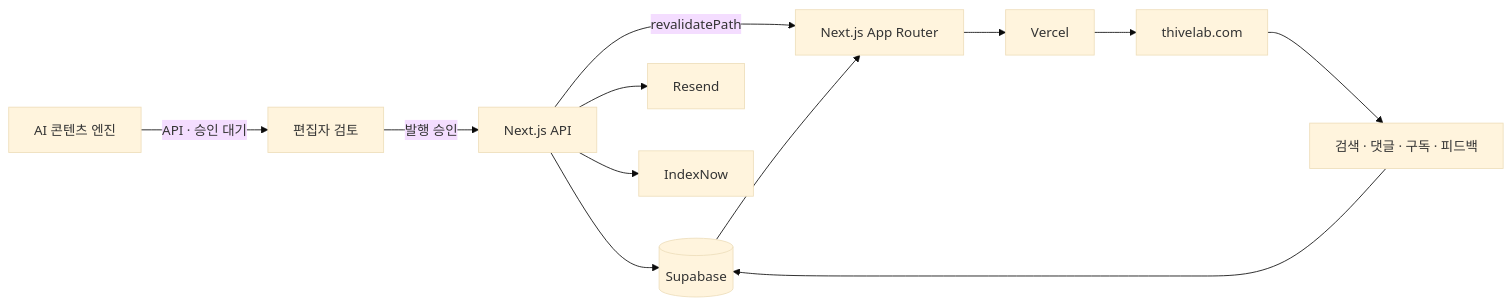
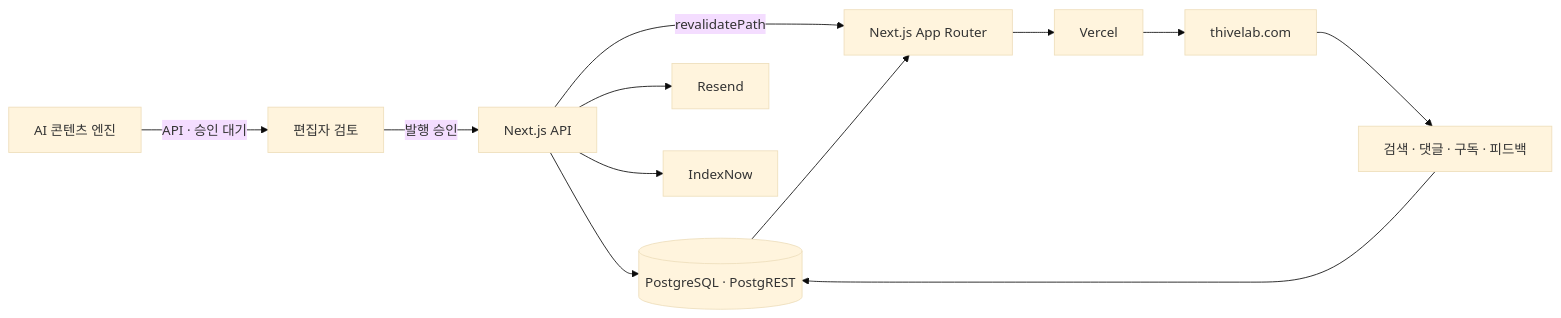
The diagram in README.md (SecuThive/ai_blog), drawn with Mermaid (base theme) before and after one commit. The commit also changed other lines of this file and 20 other files, not shown here.

````diff
--- a/README.md
+++ b/README.md
@@ -87,14 +87,14 @@
 ```mermaid
 flowchart LR
     A["AI 콘텐츠 엔진"] -->|"API · 승인 대기"| B["편집자 검토"]
     B -->|"발행 승인"| C["Next.js API"]
-    C --> D[("Supabase")]
+    C --> D[("PostgreSQL · PostgREST")]
     C -->|"revalidatePath"| E["Next.js App Router"]
     D --> E
     E --> F["Vercel"]
     F --> G["thivelab.com"]
     G --> H["검색 · 댓글 · 구독 · 피드백"]
     H --> D
     C --> I["Resend"]
     C --> J["IndexNow"]
 ```
````
